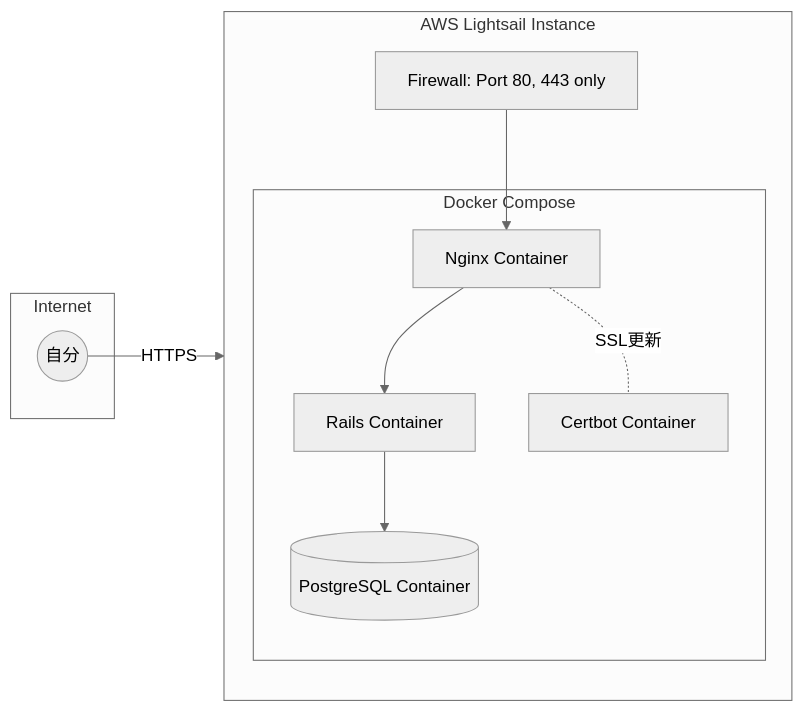
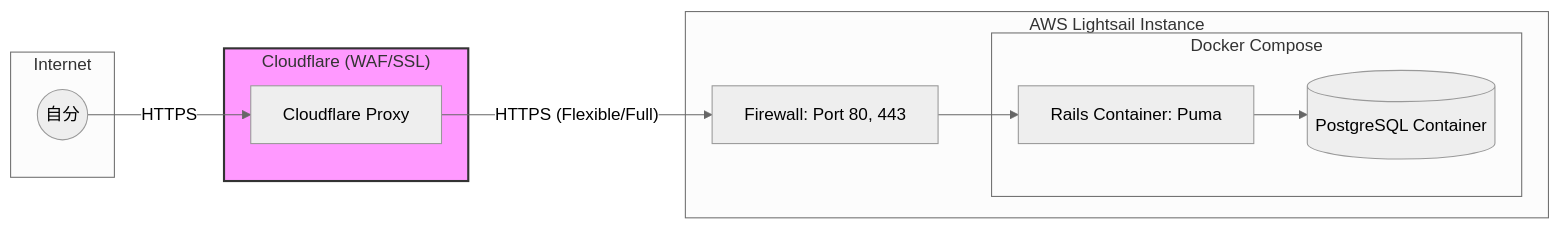
One commit to kurahashi-rx/kurahashi-task-v1 changed the diagram in docs/infrastructure.md. Above: the diagram before and after it, drawn with Mermaid (neutral theme). The commit also changed other lines of this file, not shown here.

````diff
--- a/docs/infrastructure.md
+++ b/docs/infrastructure.md
@@ -13,26 +14,27 @@
 ```mermaid
 graph LR
     subgraph Internet
         User((自分))
     end
 
-    subgraph AWS Lightsail Instance
-        direction TB
-        FW[Firewall: Port 80, 443 only]
-        
-        subgraph Docker Compose
-            Nginx[Nginx Container]
-            App[Rails Container]
+    subgraph Edge_Service["Cloudflare (WAF/SSL)"]
+        CF[Cloudflare Proxy]
+    end
+
+    subgraph AWS_Lightsail["AWS Lightsail Instance"]
+        FW[Firewall: Port 80, 443]
+        subgraph Docker_Compose["Docker Compose"]
+            App[Rails Container: Puma]
             DB[(PostgreSQL Container)]
-            Cert[Certbot Container]
         end
-        
-        FW --> Nginx
-        Nginx --> App
-        App --> DB
-        Nginx -. SSL更新 .- Cert
     end
     
-    User -- HTTPS --> FW
+    User -- HTTPS --> CF
+    CF -- "HTTPS (Flexible/Full)" --> FW
+    FW --> App
+    App --> DB
+
+    %% ノートの代わりとしての注釈
+    style Edge_Service fill:#f9f,stroke:#333,stroke-width:2px
 
 ```
````
